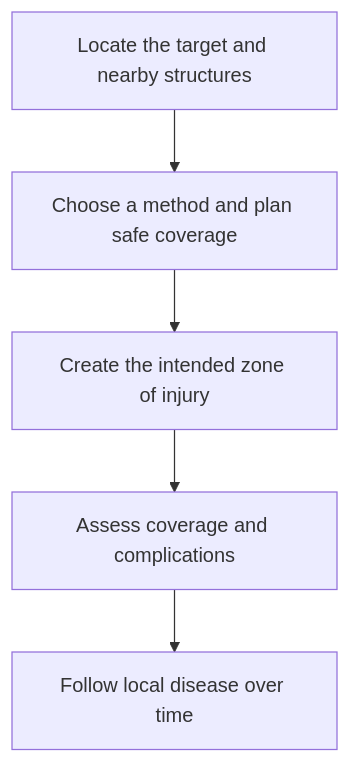
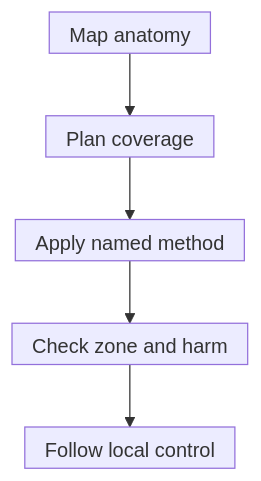
One commit to jasonLaster/oncoguide changed the diagram in wiki/education/concepts/therapeutics/local-therapies/ablation.md. Above: the diagram before and after it, drawn with Mermaid. The commit also changed other lines of this file and 30 other files, not shown here.

````diff
--- a/wiki/education/concepts/therapeutics/local-therapies/ablation.md
+++ b/wiki/education/concepts/therapeutics/local-therapies/ablation.md
@@ -36,7 +42,8 @@
 ```mermaid
+%%{init: {"htmlLabels":false,"flowchart":{"htmlLabels":false,"padding":8,"nodeSpacing":25}}}%%
 flowchart TD
-  A["Locate the target and nearby structures"] --> B["Choose a method and plan safe coverage"]
-  B --> C["Create the intended zone of injury"]
-  C --> D["Assess coverage and complications"]
-  D --> E["Follow local disease over time"]
+  A["Map anatomy"] --> B["Plan coverage"]
+  B --> C["Apply named method"]
+  C --> D["Check zone and harm"]
+  D --> E["Follow local control"]
 ```
````
